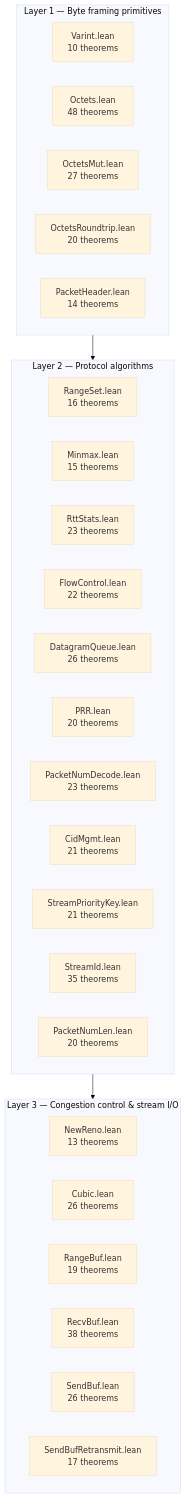
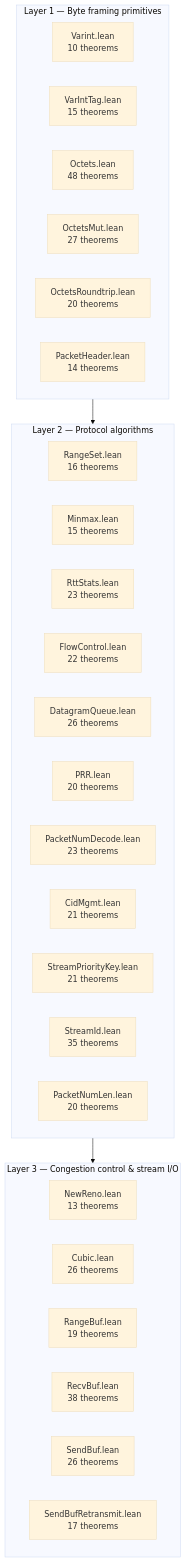
The first of 7 diagrams in formal-verification/REPORT.md (dsyme/quiche), drawn with Mermaid (base theme) before and after one commit. The commit also changed other lines of this file and 2 other files, not shown here.

````diff
--- a/formal-verification/REPORT.md
+++ b/formal-verification/REPORT.md
@@ -47,33 +50,34 @@
 ```mermaid
 graph TD
     subgraph L1["Layer 1 — Byte framing primitives"]
         Varint["Varint.lean<br/>10 theorems"]
+        VarIntTag["VarIntTag.lean<br/>15 theorems"]
         Octets["Octets.lean<br/>48 theorems"]
         OctetsMut["OctetsMut.lean<br/>27 theorems"]
         OctetsRT["OctetsRoundtrip.lean<br/>20 theorems"]
         PacketHeader["PacketHeader.lean<br/>14 theorems"]
     end
     subgraph L2["Layer 2 — Protocol algorithms"]
         RangeSet["RangeSet.lean<br/>16 theorems"]
         Minmax["Minmax.lean<br/>15 theorems"]
         RttStats["RttStats.lean<br/>23 theorems"]
         FlowControl["FlowControl.lean<br/>22 theorems"]
         DatagramQueue["DatagramQueue.lean<br/>26 theorems"]
         PRR["PRR.lean<br/>20 theorems"]
         PacketNumDecode["PacketNumDecode.lean<br/>23 theorems"]
         CidMgmt["CidMgmt.lean<br/>21 theorems"]
         StreamPriorityKey["StreamPriorityKey.lean<br/>21 theorems"]
         StreamId["StreamId.lean<br/>35 theorems"]
         PacketNumLen["PacketNumLen.lean<br/>20 theorems"]
     end
     subgraph L3["Layer 3 — Congestion control & stream I/O"]
         NewReno["NewReno.lean<br/>13 theorems"]
         Cubic["Cubic.lean<br/>26 theorems"]
         RangeBuf["RangeBuf.lean<br/>19 theorems"]
         RecvBuf["RecvBuf.lean<br/>38 theorems"]
         SendBuf["SendBuf.lean<br/>26 theorems"]
         SendBufRT["SendBufRetransmit.lean<br/>17 theorems"]
     end
     L1 --> L2
     L2 --> L3
 ```
````
